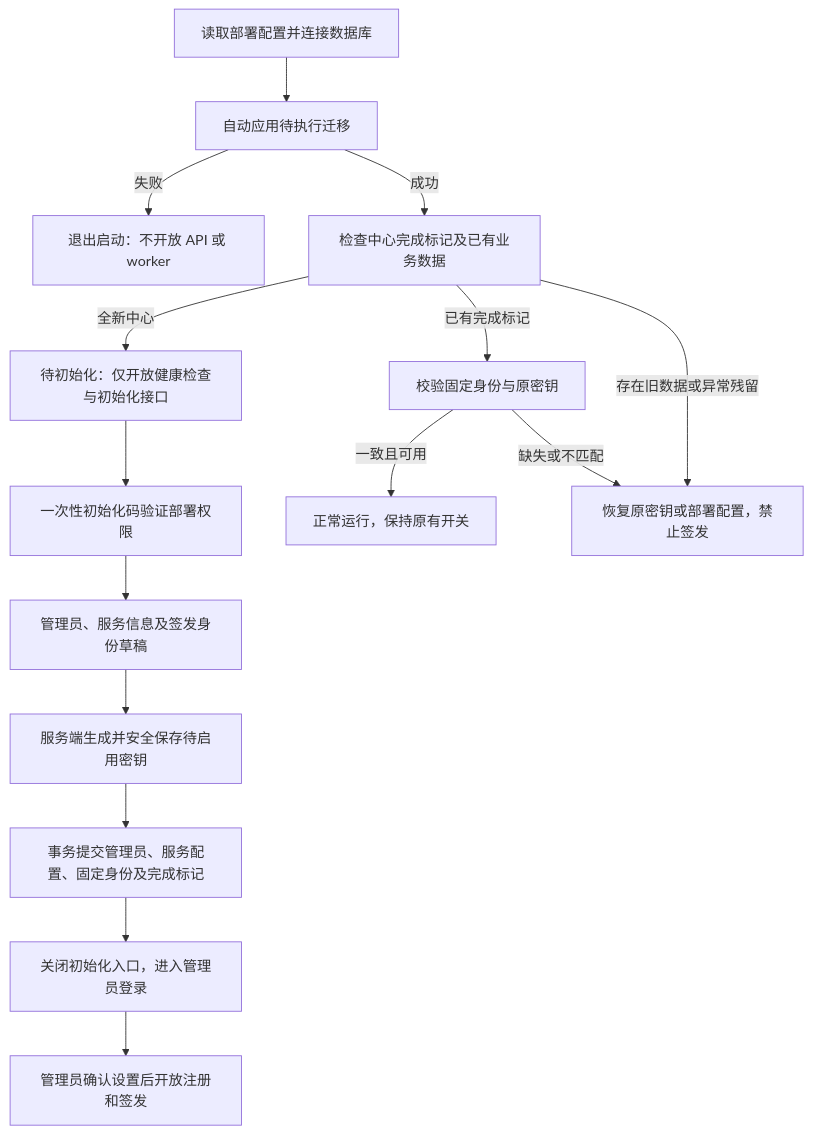
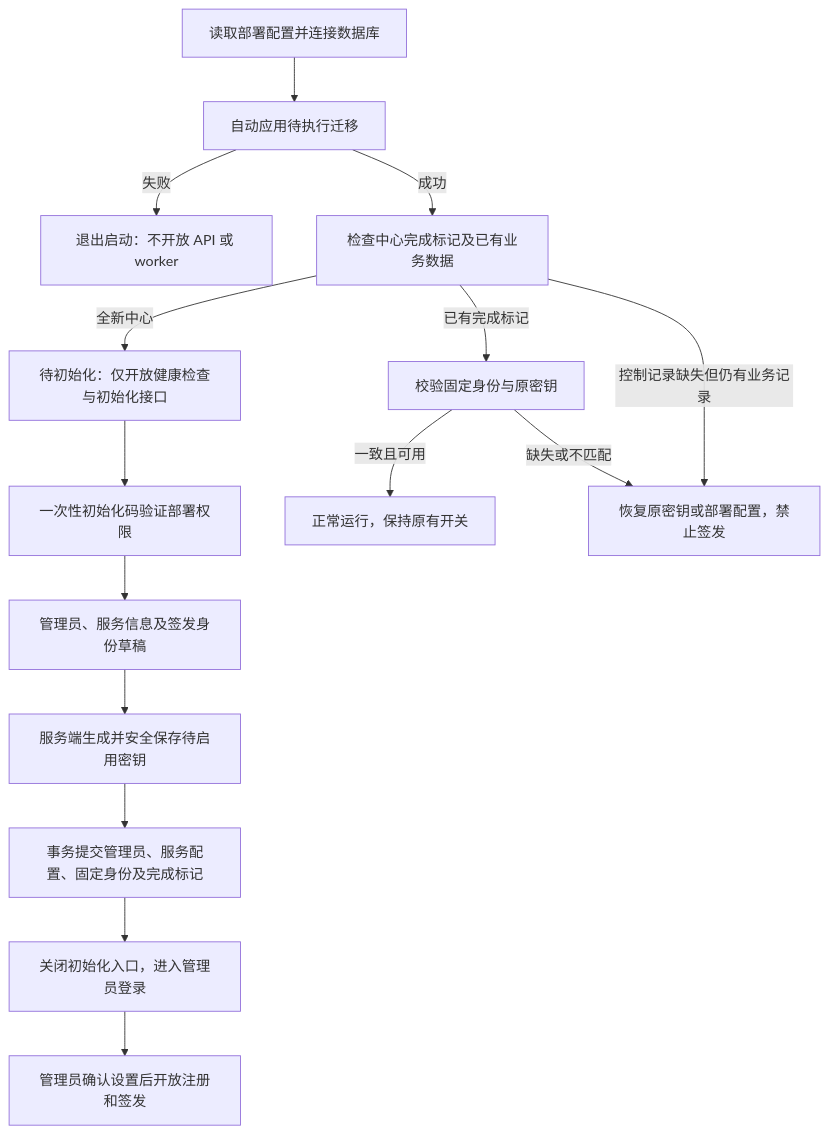
Before and after one commit to OhMyStas507/crypto-sso: the diagram in docs/identity-center-bootstrap-design.md, drawn with Mermaid. The commit also changed other lines of this file and 55 other files, not shown here.

````diff
--- a/docs/identity-center-bootstrap-design.md
+++ b/docs/identity-center-bootstrap-design.md
@@ -15,17 +15,17 @@
 ```mermaid
 flowchart TD
     Start[读取部署配置并连接数据库] --> Migrate[自动应用待执行迁移]
     Migrate -->|失败| Exit[退出启动：不开放 API 或 worker]
     Migrate -->|成功| Inspect[检查中心完成标记及已有业务数据]
     Inspect -->|全新中心| Setup[待初始化：仅开放健康检查与初始化接口]
     Setup --> Verify[一次性初始化码验证部署权限]
     Verify --> Draft[管理员、服务信息及签发身份草稿]
     Draft --> Key[服务端生成并安全保存待启用密钥]
     Key --> Commit[事务提交管理员、服务配置、固定身份及完成标记]
     Commit --> Login[关闭初始化入口，进入管理员登录]
     Login --> Open[管理员确认设置后开放注册和签发]
     Inspect -->|已有完成标记| Check[校验固定身份与原密钥]
     Check -->|一致且可用| Normal[正常运行，保持原有开关]
     Check -->|缺失或不匹配| Recover[恢复原密钥或部署配置，禁止签发]
-    Inspect -->|存在旧数据或异常残留| Recover
+    Inspect -->|控制记录缺失但仍有业务记录| Recover
 ```
````
